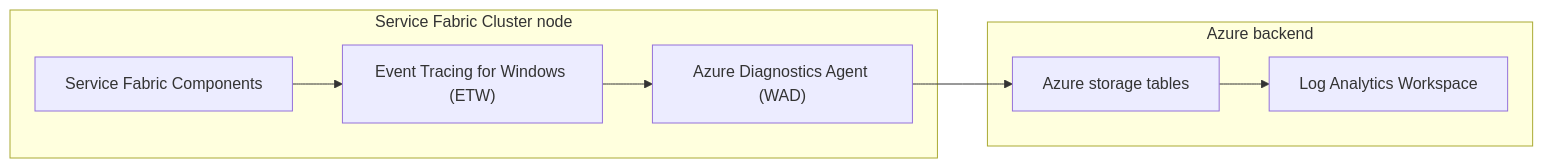
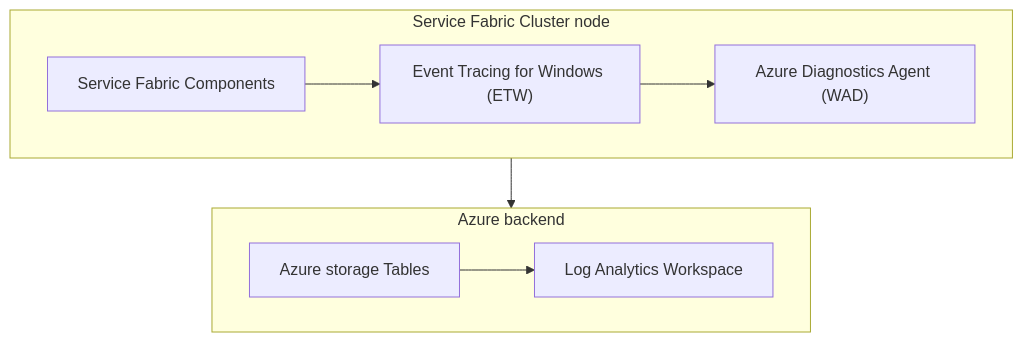
The diagram in Cluster/how-to-configure-log-analytics-for-service-fabric-clusters.md (Azure/Service-Fabric-Troubleshooting-Guides), drawn with Mermaid before and after one commit. The commit also changed other lines of this file and 3 other files, not shown here.

````diff
--- a/Cluster/how-to-configure-log-analytics-for-service-fabric-clusters.md
+++ b/Cluster/how-to-configure-log-analytics-for-service-fabric-clusters.md
@@ -156,11 +176,12 @@
 ```mermaid
-graph LR;
+graph TD;
   subgraph sfc["Service Fabric Cluster node"];
     A["Service Fabric Components"] --> B["Event Tracing for Windows (ETW)"];
     B["Event Tracing for Windows (ETW)"] --> C["Azure Diagnostics Agent (WAD)"];
   end
   subgraph ab["Azure backend"];
-    C["Azure Diagnostics Agent (WAD)"] --> D["Azure storage tables"];
-    D["Azure storage tables"] --> E["Log Analytics Workspace"];
+    D["Azure storage Tables"];
+    D["Azure storage Tables"] --> E["Log Analytics Workspace"];
   end
+  sfc --> ab
 ```
````
